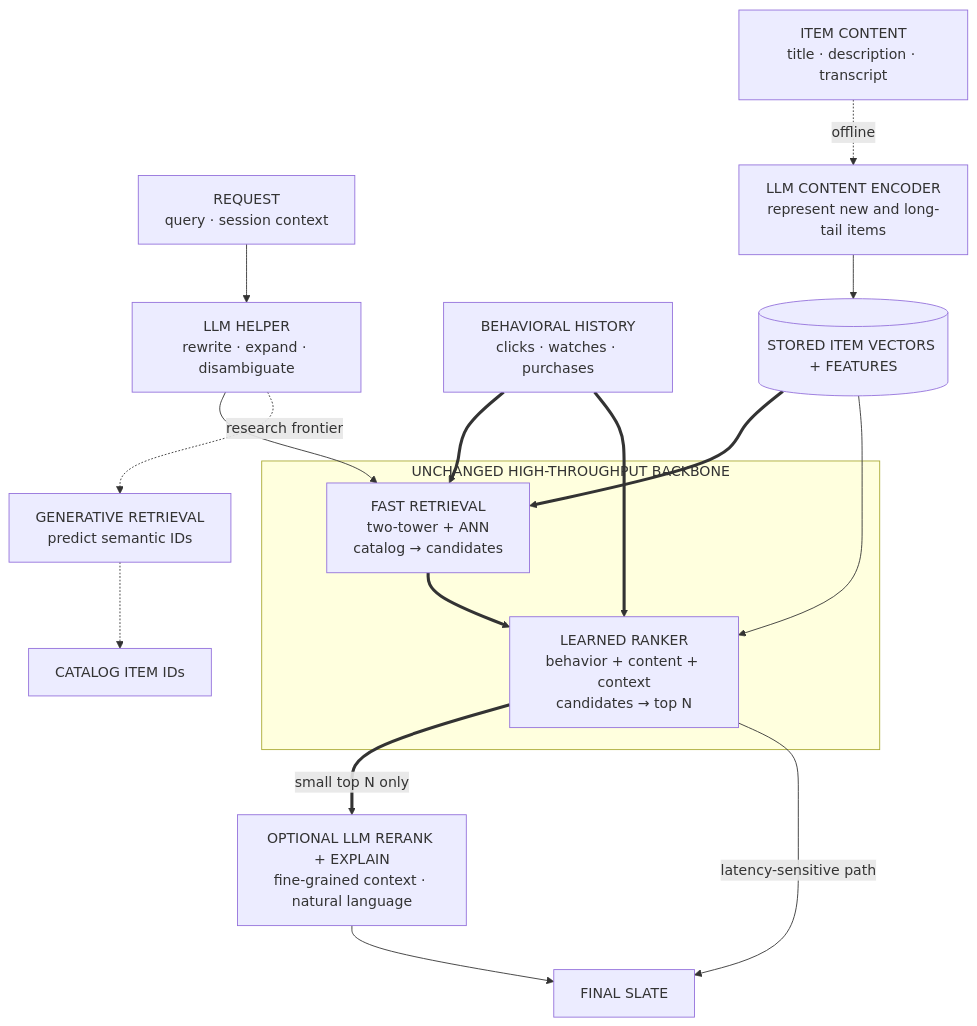
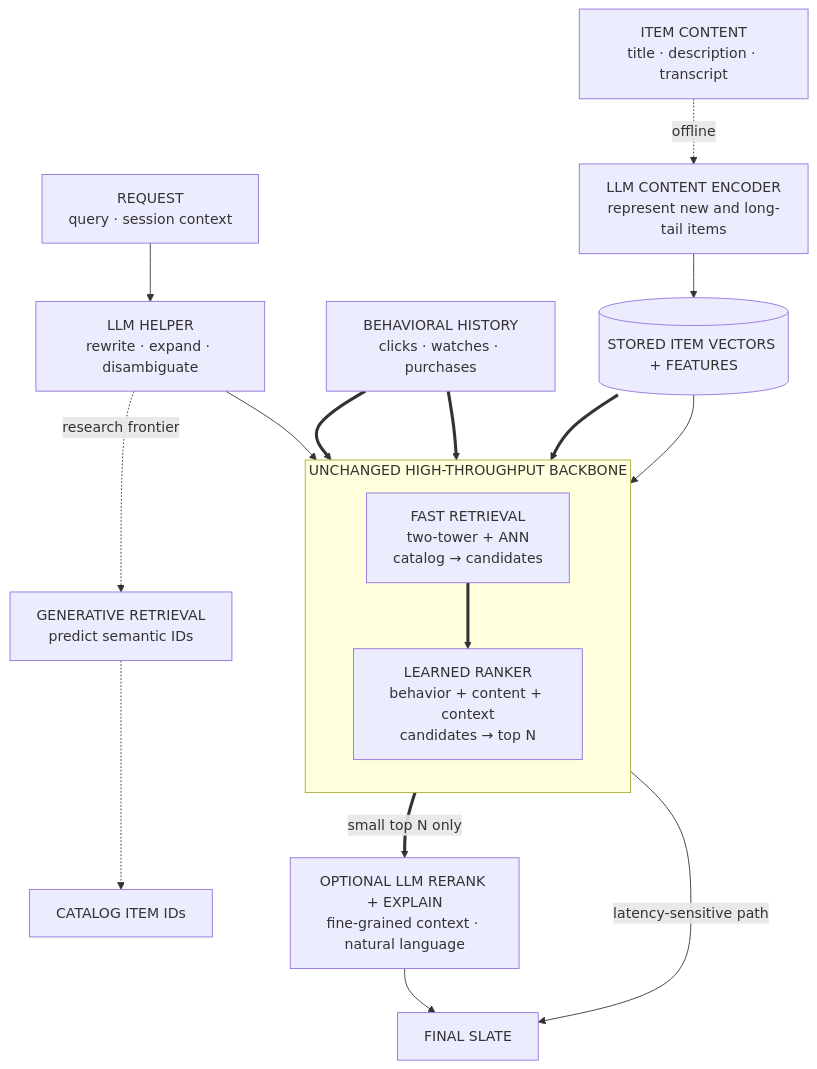
The diagram in src/content/posts/2025-12-12-recsys-llm-era.md (mlmentorship/mlmentorship.github.io), drawn with Mermaid before and after one commit. The commit also changed 50 other files, not shown here.

````diff
--- a/src/content/posts/2025-12-12-recsys-llm-era.md
+++ b/src/content/posts/2025-12-12-recsys-llm-era.md
@@ -31,34 +31,35 @@
 ```mermaid
 flowchart TB
   accTitle: LLMs augment bounded stages around a recommender backbone
   accDescr: A production request can pass through an LLM intent helper before fast retrieval. Item text can separately pass through an offline LLM content encoder into stored item vectors and features. Fast two-tower and approximate-nearest-neighbor retrieval narrows the catalog, then a learned ranker combines behavioral and content evidence. Only the small top-N result may go through an optional LLM reranker and explanation step before the final slate; the learned ranker can also serve the slate directly when latency requires it. A separate dashed research branch maps intent to semantic item identifiers through generative retrieval and is not part of the default production path.
 
   Request["REQUEST<br/>query · session context"] --> Intent["LLM HELPER<br/>rewrite · expand · disambiguate"]
   Behavior["BEHAVIORAL HISTORY<br/>clicks · watches · purchases"] ==> Retrieve
   Content["ITEM CONTENT<br/>title · description · transcript"] -.->|"offline"| Encode["LLM CONTENT ENCODER<br/>represent new and long-tail items"]
   Encode --> Catalog[("STORED ITEM VECTORS + FEATURES")]
 
   subgraph Core["UNCHANGED HIGH-THROUGHPUT BACKBONE"]
+	direction TB
     Retrieve["FAST RETRIEVAL<br/>two-tower + ANN<br/>catalog → candidates"]
     Rank["LEARNED RANKER<br/>behavior + content + context<br/>candidates → top N"]
     Retrieve ==> Rank
   end
 
   Intent --> Retrieve
   Catalog ==> Retrieve
   Catalog --> Rank
   Behavior ==> Rank
   Rank ==>|"small top N only"| Rerank["OPTIONAL LLM RERANK + EXPLAIN<br/>fine-grained context · natural language"]
   Rerank --> Slate["FINAL SLATE"]
   Rank -->|"latency-sensitive path"| Slate
 
   Intent -.->|"research frontier"| Generate["GENERATIVE RETRIEVAL<br/>predict semantic IDs"]
   Generate -.-> IDs["CATALOG ITEM IDs"]
 
   class Request,Behavior,Content viz-input
   class Intent,Encode,Rerank viz-focus
   class Catalog viz-state
   class Slate viz-output
   class Generate,IDs viz-state
   class Retrieve viz-wide
 ```
````
